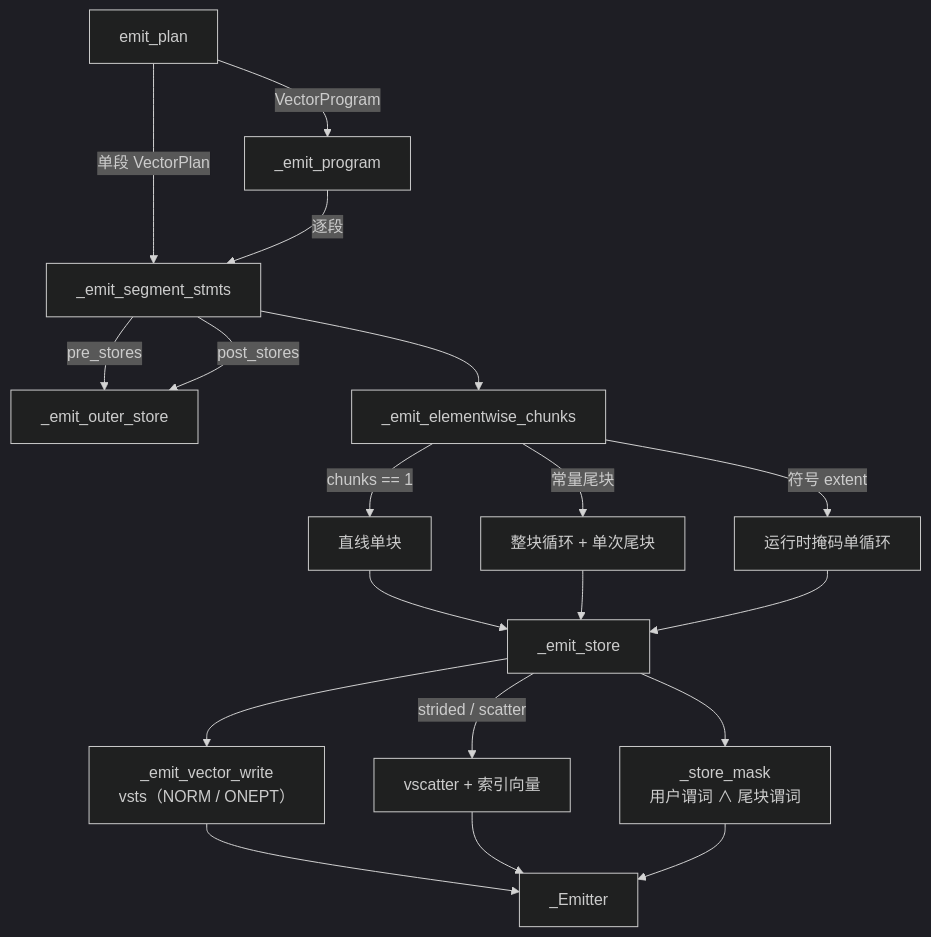
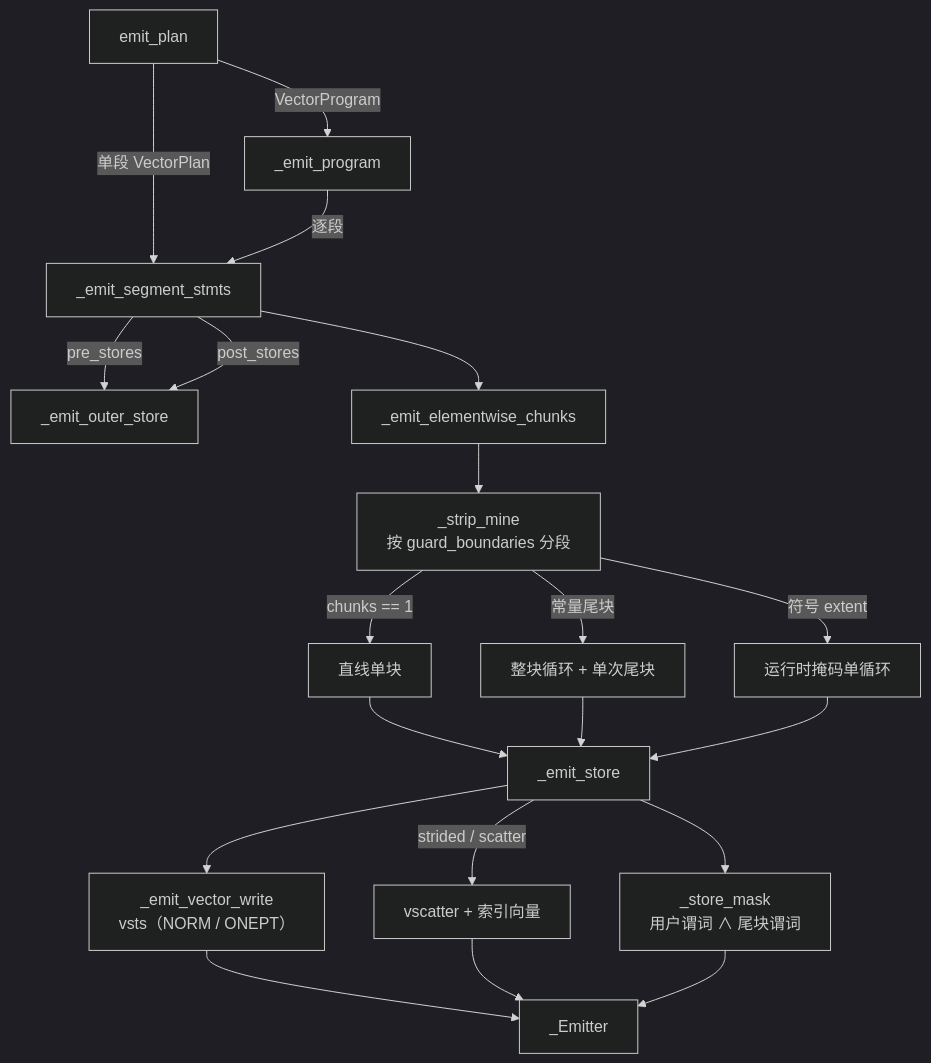
One commit to chenjiale1999/tilelang changed the fifth of 7 diagrams in docs/compiler_internals/polyhedral_parallel_scenarios.md. Above: the diagram before and after it, drawn with Mermaid (dark theme). The commit also changed other lines of this file and 12 other files, not shown here.

````diff
--- a/docs/compiler_internals/polyhedral_parallel_scenarios.md
+++ b/docs/compiler_internals/polyhedral_parallel_scenarios.md
@@ -802,21 +874,22 @@
 ```mermaid
 flowchart TD
   EP["emit_plan"] -->|"单段 VectorPlan"| ESEG["_emit_segment_stmts"]
   EP -->|"VectorProgram"| EPRG["_emit_program"]
   EPRG -->|"逐段"| ESEG
   ESEG -->|"pre_stores"| EOUT["_emit_outer_store"]
   ESEG --> EEL["_emit_elementwise_chunks"]
-  EEL -->|"chunks == 1"| M1["直线单块"]
-  EEL -->|"常量尾块"| M2["整块循环 + 单次尾块"]
-  EEL -->|"符号 extent"| M3["运行时掩码单循环"]
+  EEL --> ESTRIP["_strip_mine<br/>按 guard_boundaries 分段"]
+  ESTRIP -->|"chunks == 1"| M1["直线单块"]
+  ESTRIP -->|"常量尾块"| M2["整块循环 + 单次尾块"]
+  ESTRIP -->|"符号 extent"| M3["运行时掩码单循环"]
   M1 --> EST["_emit_store"]
   M2 --> EST
   M3 --> EST
   EST --> EMASK["_store_mask<br/>用户谓词 ∧ 尾块谓词"]
   EST --> EWR["_emit_vector_write<br/>vsts（NORM / ONEPT）"]
   EST -->|"strided / scatter"| ESC["vscatter + 索引向量"]
   EWR --> EM["_Emitter"]
   ESC --> EM
   EMASK --> EM
   ESEG -->|"post_stores"| EOUT
 ```
````
